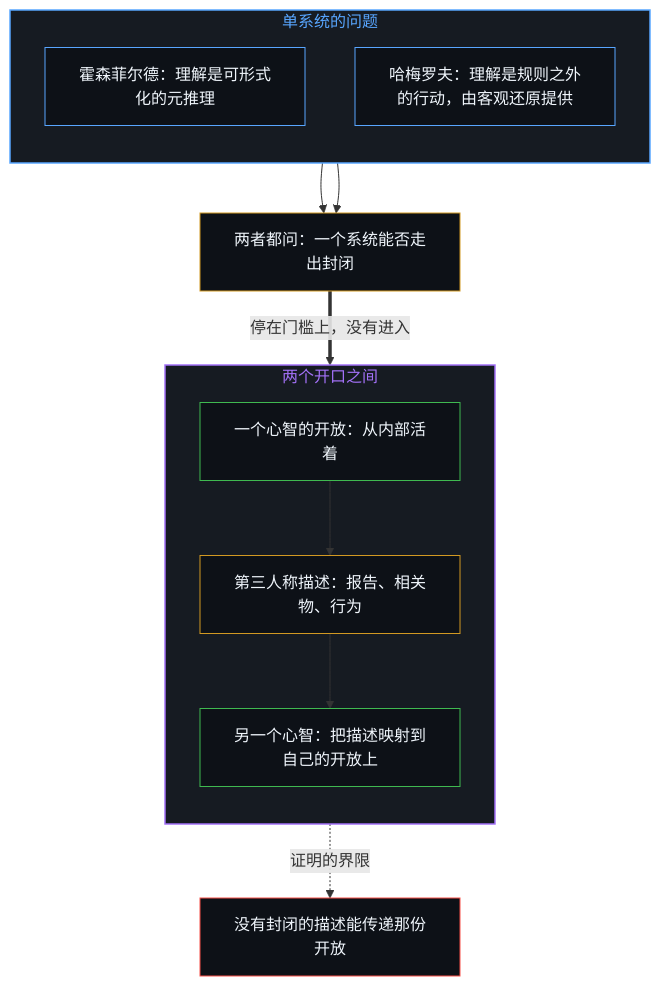
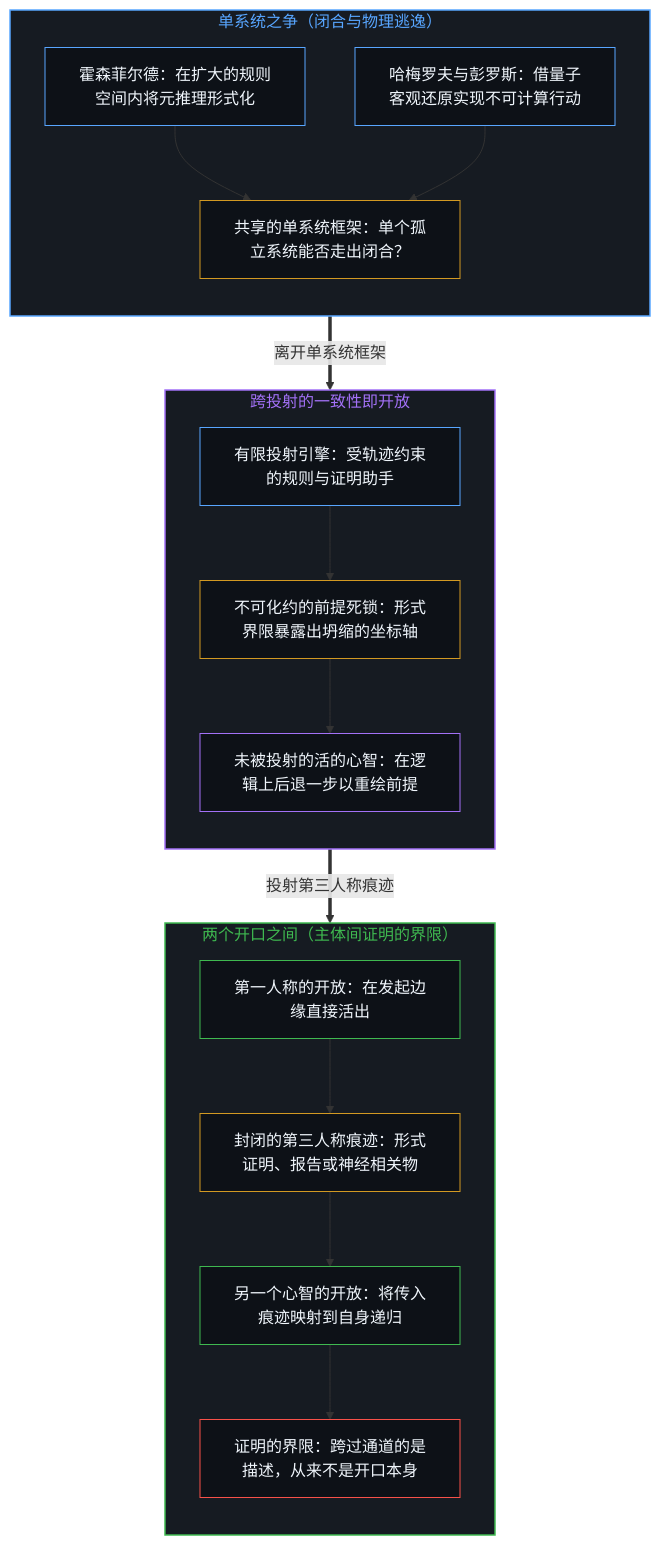
The first of 2 diagrams in content/posts/on-closed-systems-open-minds-and-the-limits-of-proof.md (powerpig99/not-a-toe), drawn with Mermaid before and after one commit. The commit also changed other lines of this file and 1 other file, not shown here.

````diff
--- a/content/posts/on-closed-systems-open-minds-and-the-limits-of-proof.md
+++ b/content/posts/on-closed-systems-open-minds-and-the-limits-of-proof.md
@@ -57,30 +65,45 @@
 ```mermaid
 flowchart TD
-    subgraph S_One["单系统的问题"]
+    subgraph S_Single["单系统之争（闭合与物理逃逸）"]
         direction TB
-        H1["霍森菲尔德：理解是可形式化的元推理"]
-        H2["哈梅罗夫：理解是规则之外的行动，由客观还原提供"]
+        H1["霍森菲尔德：在扩大的规则空间内将元推理形式化"]
+        H2["哈梅罗夫与彭罗斯：借量子客观还原实现不可计算行动"]
+        Q["共享的单系统框架：单个孤立系统能否走出闭合？"]
+        H1 --> Q
+        H2 --> Q
     end
-    Q["两者都问：一个系统能否走出封闭"]
-    subgraph S_Two["两个开口之间"]
+
+    subgraph S_Proj["跨投射的一致性即开放"]
         direction TB
-        M1["一个心智的开放：从内部活着"]
-        D["第三人称描述：报告、相关物、行为"]
-        M2["另一个心智：把描述映射到自己的开放上"]
+        P1["有限投射引擎：受轨迹约束的规则与证明助手"]
+        P2["不可化约的前提死锁：形式界限暴露出坍缩的坐标轴"]
+        P3["未被投射的活的心智：在逻辑上后退一步以重绘前提"]
+        P1 --> P2 --> P3
     end
-    L["没有封闭的描述能传递那份开放"]
-    H1 --> Q
-    H2 --> Q
-    Q ==>|"停在门槛上，没有进入"| S_Two
-    M1 --> D --> M2
-    D -.->|"证明的界限"| L
-    style S_One fill:#161b22,stroke:#58a6ff,stroke-width:1.5px,color:#58a6ff
-    style S_Two fill:#161b22,stroke:#a371f7,stroke-width:1.5px,color:#a371f7
+
+    subgraph S_Inter["两个开口之间（主体间证明的界限）"]
+        direction TB
+        M1["第一人称的开放：在发起边缘直接活出"]
+        D["封闭的第三人称痕迹：形式证明、报告或神经相关物"]
+        M2["另一个心智的开放：将传入痕迹映射到自身递归"]
+        L["证明的界限：跨过通道的是描述，从来不是开口本身"]
+        M1 --> D --> M2 --> L
+    end
+
+    Q ==>|"离开单系统框架"| P1
+    P3 ==>|"投射第三人称痕迹"| M1
+
+    style S_Single fill:#161b22,stroke:#58a6ff,stroke-width:1.5px,color:#58a6ff
+    style S_Proj fill:#161b22,stroke:#a371f7,stroke-width:1.5px,color:#a371f7
+    style S_Inter fill:#161b22,stroke:#3fb950,stroke-width:1.5px,color:#3fb950
     style H1 fill:#0d1117,stroke:#58a6ff,stroke-width:1px,color:#f0f6fc
     style H2 fill:#0d1117,stroke:#58a6ff,stroke-width:1px,color:#f0f6fc
     style Q fill:#0d1117,stroke:#d29922,stroke-width:1px,color:#f0f6fc
+    style P1 fill:#0d1117,stroke:#58a6ff,stroke-width:1px,color:#f0f6fc
+    style P2 fill:#0d1117,stroke:#d29922,stroke-width:1px,color:#f0f6fc
+    style P3 fill:#0d1117,stroke:#a371f7,stroke-width:1px,color:#f0f6fc
     style M1 fill:#0d1117,stroke:#3fb950,stroke-width:1px,color:#f0f6fc
     style D fill:#0d1117,stroke:#d29922,stroke-width:1px,color:#f0f6fc
     style M2 fill:#0d1117,stroke:#3fb950,stroke-width:1px,color:#f0f6fc
     style L fill:#0d1117,stroke:#f85149,stroke-width:1px,color:#f0f6fc
 ```
````
